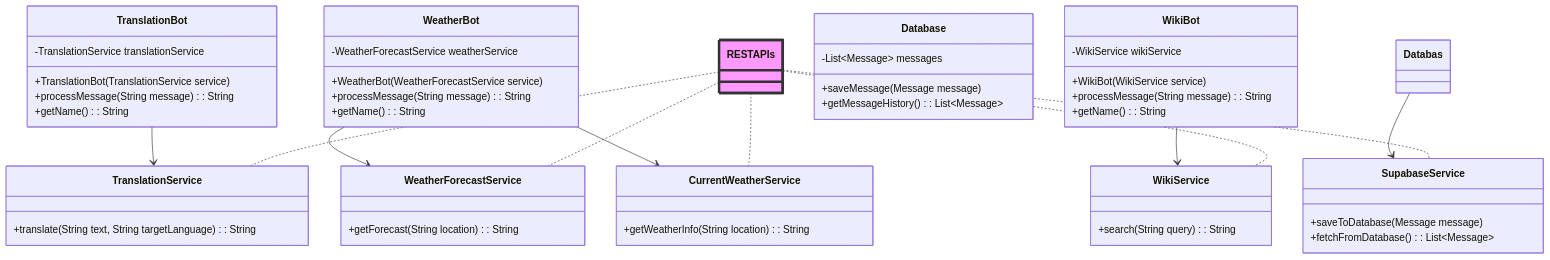
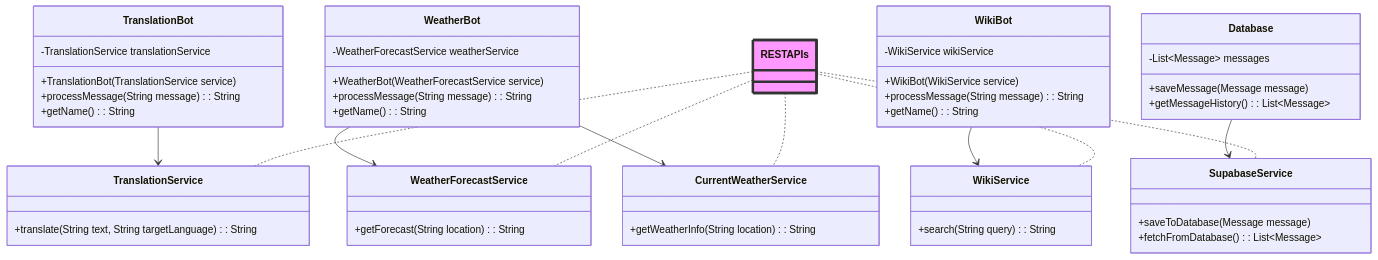
One commit to Connorh1603/Tankstellen-Projektarbeit changed the third of 3 diagrams in documentation/1,9Infrasturktursicht.md. Above: the diagram before and after it, drawn with Mermaid.

````diff
--- a/documentation/1,9Infrasturktursicht.md
+++ b/documentation/1,9Infrasturktursicht.md
@@ -126,62 +126,62 @@
 ```mermaid
 classDiagram
     class TranslationBot {
       -TranslationService translationService
       +TranslationBot(TranslationService service)
       +processMessage(String message): String
       +getName(): String
     }
 
     class WeatherBot {
       -WeatherForecastService weatherService
       +WeatherBot(WeatherForecastService service)
       +processMessage(String message): String
       +getName(): String
     }
 
     class WikiBot {
       -WikiService wikiService
       +WikiBot(WikiService service)
       +processMessage(String message): String
       +getName(): String
     }
 
     class TranslationService {
       +translate(String text, String targetLanguage): String
     }
 
     class CurrentWeatherService {
       +getWeatherInfo(String location): String
     }
 
     class WeatherForecastService {
         +getForecast(String location): String
     }
 
     class WikiService {
         +search(String query): String
     }
     class Database {
       -List~Message~ messages
       +saveMessage(Message message)
       +getMessageHistory(): List~Message~
     }
 
     class SupabaseService {
       +saveToDatabase(Message message)
       +fetchFromDatabase(): List~Message~
     }
     class RESTAPIs
     style RESTAPIs fill:#f9f,stroke:#333,stroke-width:4px
 
-    Databas --> SupabaseService 
+    Database --> SupabaseService 
     TranslationBot --> TranslationService
     WeatherBot --> WeatherForecastService
     WeatherBot --> CurrentWeatherService
     WikiBot --> WikiService
     RESTAPIs .. TranslationService
     RESTAPIs .. WeatherForecastService
     RESTAPIs .. SupabaseService
     RESTAPIs .. CurrentWeatherService
     RESTAPIs .. WikiService
 ```
````
